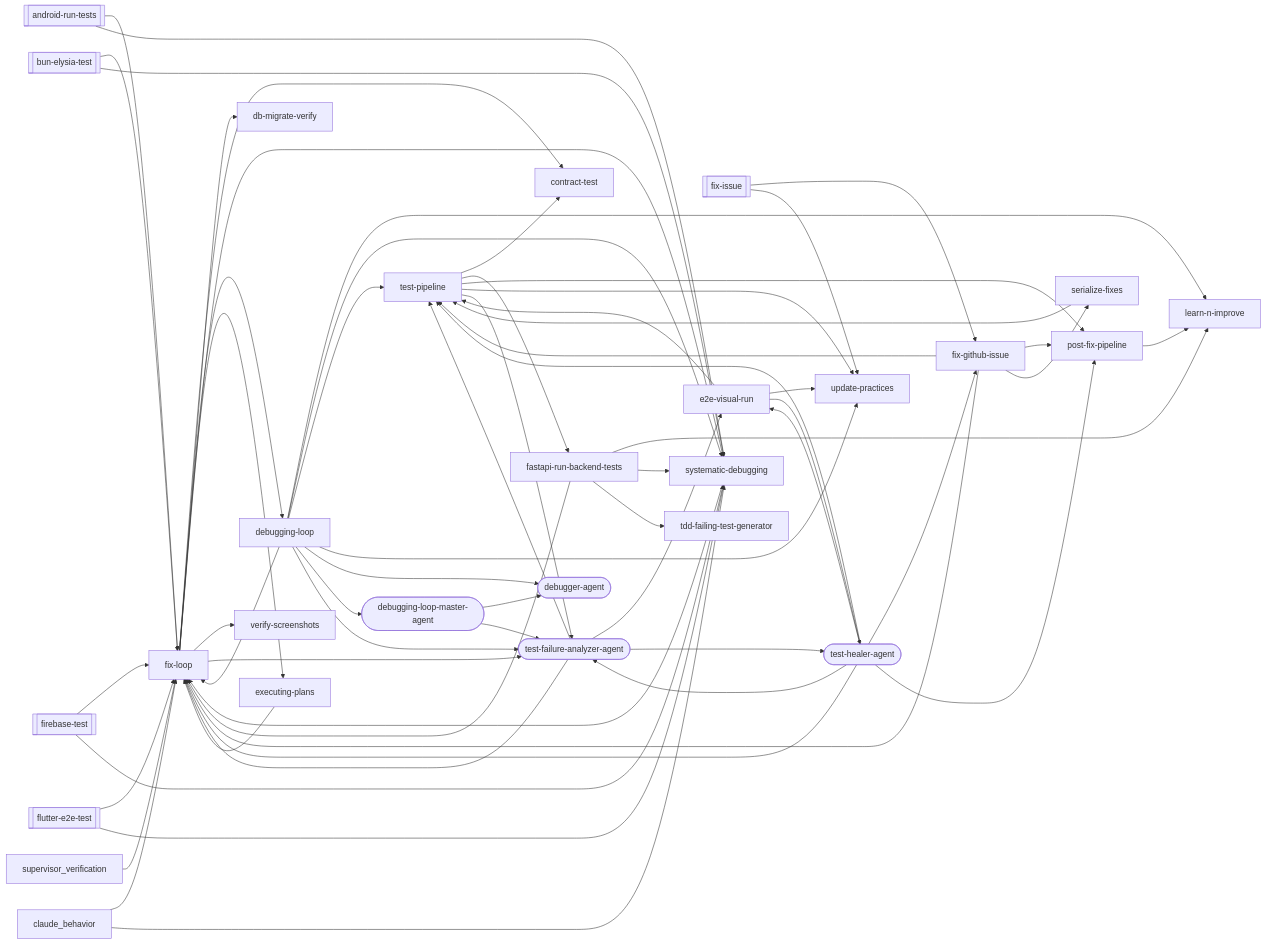
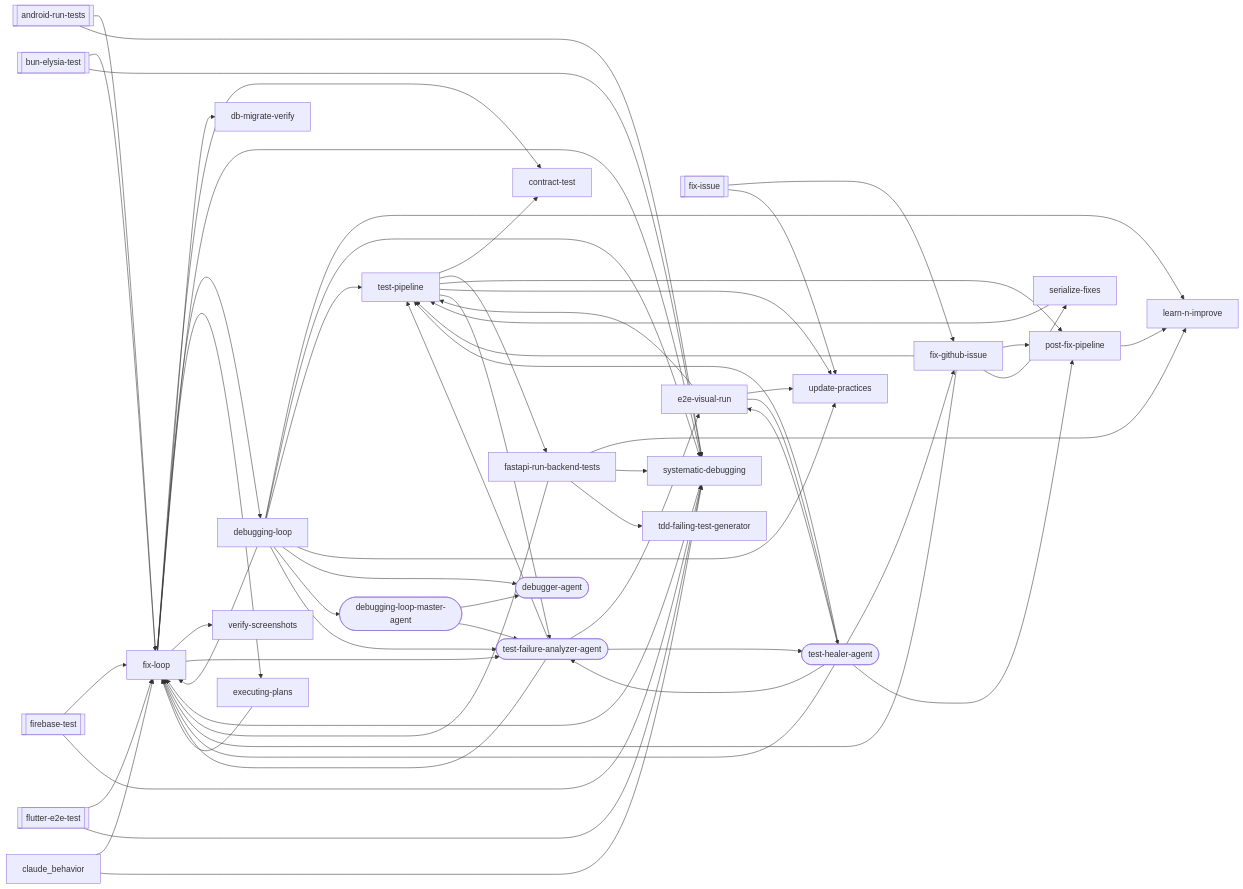
Before and after one commit to abhayla/claude-best-practices: the third of 25 diagrams in docs/workflows/debugging-loop.md, drawn with Mermaid. The commit also changed other lines of this file and 25 other files, not shown here.

````diff
--- a/docs/workflows/debugging-loop.md
+++ b/docs/workflows/debugging-loop.md
@@ -789,5 +787,4 @@
     test_healer_agent --> test_failure_analyzer_agent
     claude_behavior --> fix_loop
     claude_behavior --> systematic_debugging
-    supervisor_verification --> fix_loop
 ```
````
